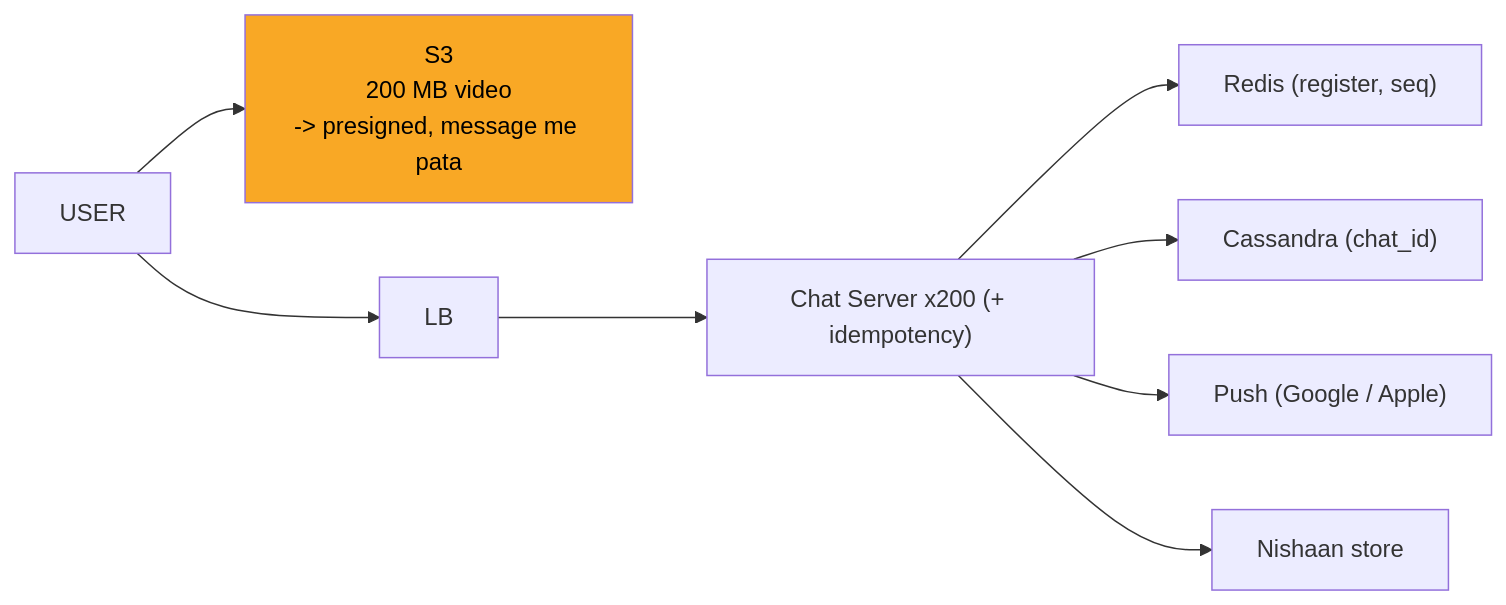
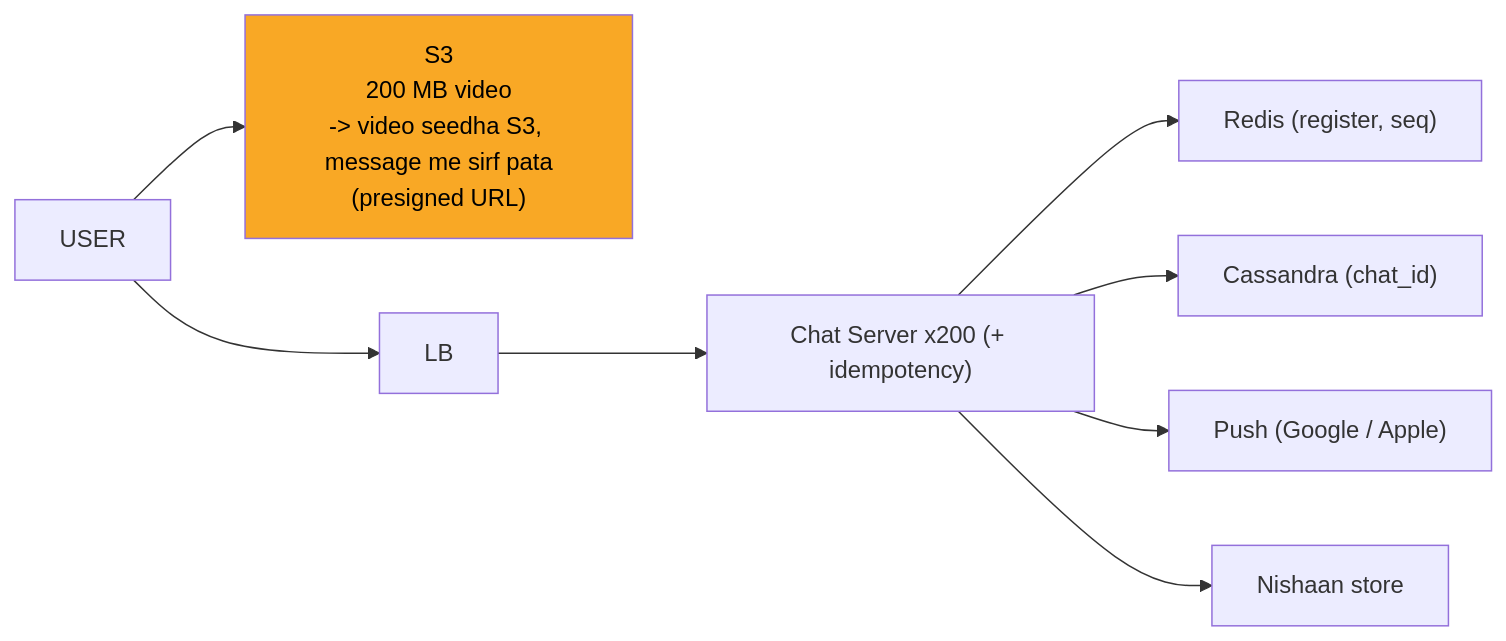
One commit to ArpanMaheshwari144/Prep changed the tenth of 12 diagrams in 04_HLD/SYSTEM_DESIGNS/14_chat_messaging/14_chat_messaging.md. Above: the diagram before and after it, drawn with Mermaid. The commit also changed other lines of this file and 13 other files, not shown here.

````diff
--- a/04_HLD/SYSTEM_DESIGNS/14_chat_messaging/14_chat_messaging.md
+++ b/04_HLD/SYSTEM_DESIGNS/14_chat_messaging/14_chat_messaging.md
@@ -381,19 +381,19 @@
 ```mermaid
 flowchart LR
-    n_S3["S3<br/>200 MB video<br/>-> presigned, message me pata"]
+    n_S3["S3<br/>200 MB video<br/>-> video seedha S3, message me sirf pata<br/>(presigned URL)"]
     n_U["USER"]
     n_LB["LB"]
     n_CS["Chat Server x200 (+ idempotency)"]
     n_R["Redis (register, seq)"]
     n_CA["Cassandra (chat_id)"]
     n_P["Push (Google / Apple)"]
     n_NS["Nishaan store"]
     n_U --> n_S3
     n_U --> n_LB
     n_LB --> n_CS
     n_CS --> n_R
     n_CS --> n_CA
     n_CS --> n_P
     n_CS --> n_NS
     style n_S3 fill:#f9a825,color:#000
 ```
````
